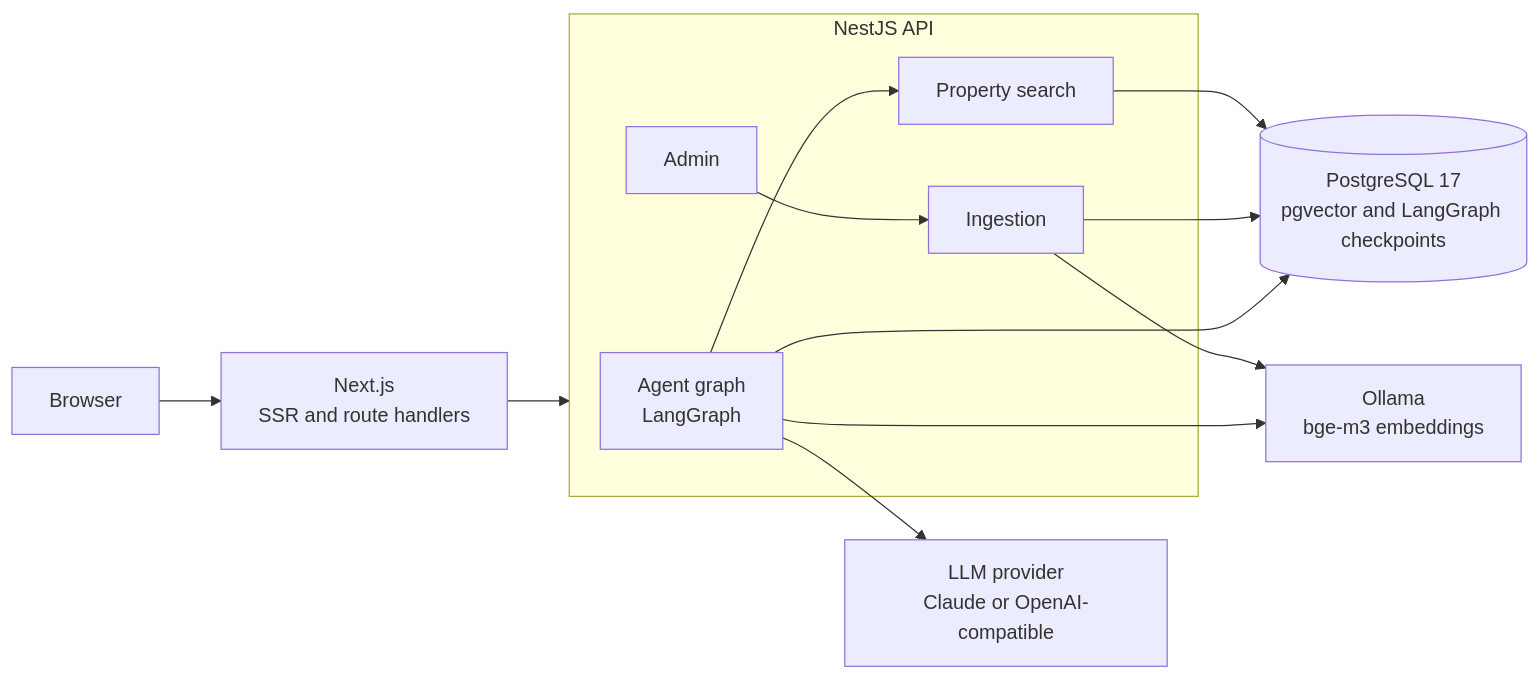
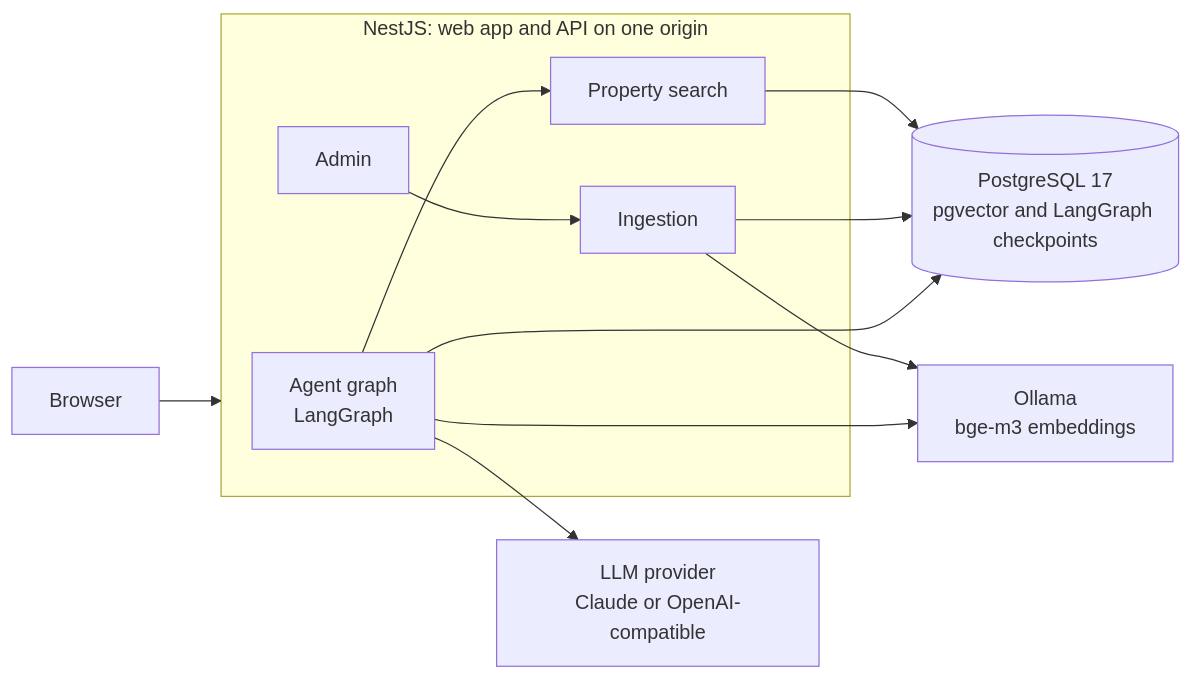
One commit to MDeeee/real-estate-agent changed the first of 2 diagrams in README.md. Above: the diagram before and after it, drawn with Mermaid. The commit also changed other lines of this file and 383 other files, not shown here.

First line of the commit message:
refactor!: replace Next.js with a Vite SPA served by NestJS

````diff
--- a/README.md
+++ b/README.md
@@ -20,20 +20,19 @@
 ```mermaid
 flowchart LR
-  Browser["Browser"] --> Web["Next.js<br/>SSR and route handlers"]
-  Web --> API
-  subgraph API["NestJS API"]
+  Browser["Browser"] --> API
+  subgraph API["NestJS: web app and API on one origin"]
     Agent["Agent graph<br/>LangGraph"]
     Search["Property search"]
     Ingest["Ingestion"]
     Admin["Admin"]
   end
   Admin --> Ingest
   Agent --> Search
   PG[("PostgreSQL 17<br/>pgvector and LangGraph checkpoints")]
   Search --> PG
   Ingest --> PG
   Agent --> PG
   Ingest --> Ollama["Ollama<br/>bge-m3 embeddings"]
   Agent --> Ollama
   Agent --> LLM["LLM provider<br/>Claude or OpenAI-compatible"]
 ```
````
